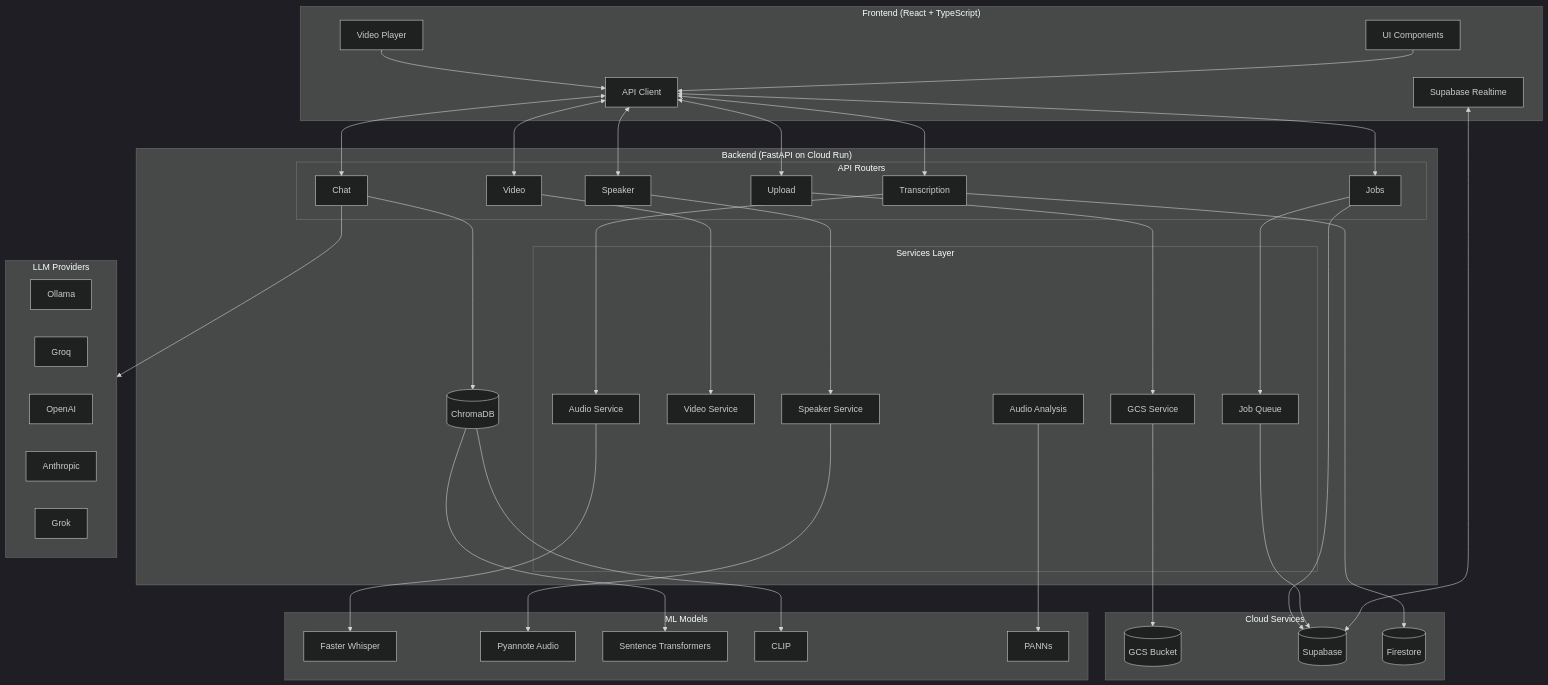
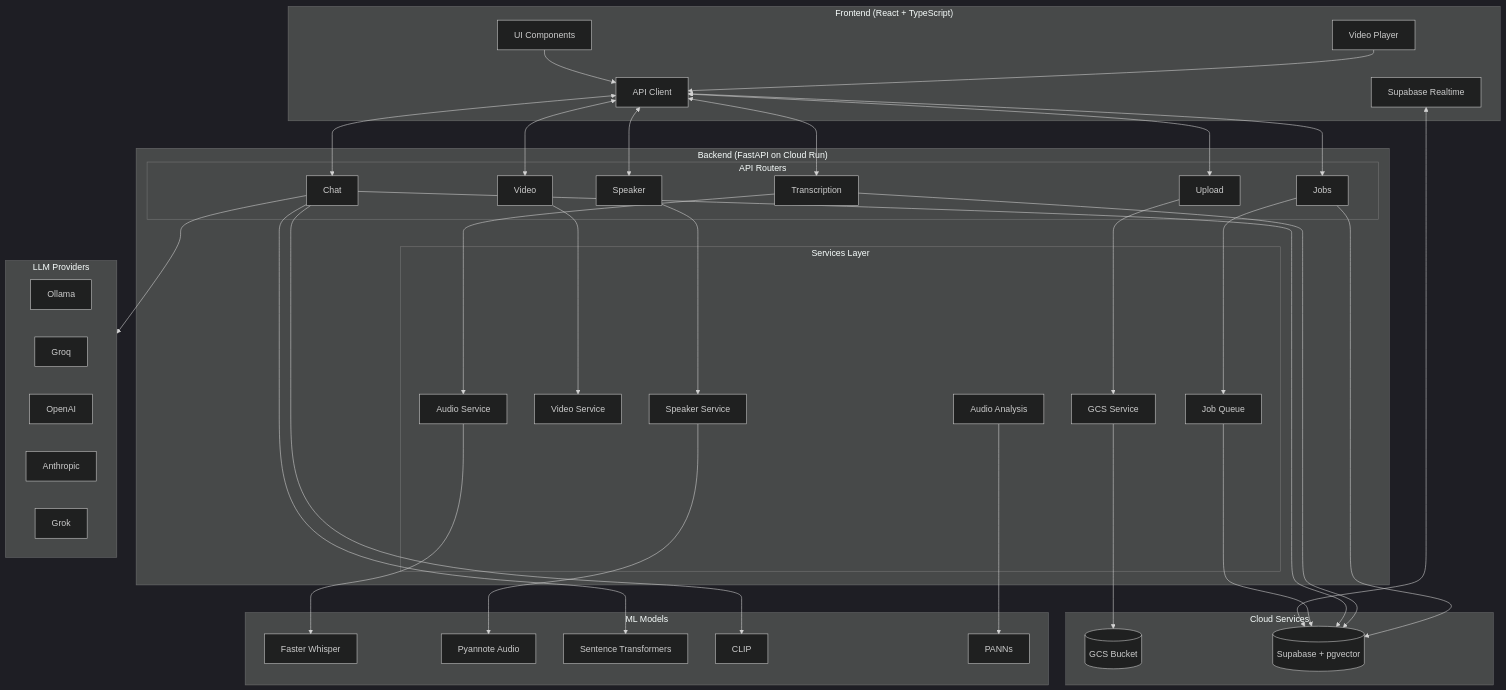
One commit to Ugur22/ai-subtitles changed the first of 4 diagrams in docs/ARCHITECTURE.md. Above: the diagram before and after it, drawn with Mermaid (dark theme). The commit also changed other lines of this file and 8 other files, not shown here.

First line of the commit message:
Sync docs with actual architecture: drop stale ChromaDB/Firestore refs

````diff
--- a/docs/ARCHITECTURE.md
+++ b/docs/ARCHITECTURE.md
@@ -7,70 +7,68 @@
 ```mermaid
 flowchart TB
     subgraph Frontend["Frontend (React + TypeScript)"]
         UI[UI Components]
         VP[Video Player]
         API[API Client]
         RT[Supabase Realtime]
     end
 
     subgraph Cloud["Cloud Services"]
         GCS[(GCS Bucket)]
-        SB[(Supabase)]
-        FS[(Firestore)]
+        SB[(Supabase + pgvector)]
     end
 
     subgraph Backend["Backend (FastAPI on Cloud Run)"]
         subgraph Routers["API Routers"]
             TR[Transcription]
             SR[Speaker]
             CR[Chat]
             VR[Video]
             UR[Upload]
             JR[Jobs]
         end
 
         subgraph Services["Services Layer"]
             AS[Audio Service]
             VS[Video Service]
             SS[Speaker Service]
             GS[GCS Service]
             JS[Job Queue]
             AAS[Audio Analysis]
         end
-
-        VDB[(ChromaDB)]
     end
 
     subgraph ML["ML Models"]
         WH[Faster Whisper]
         PY[Pyannote Audio]
         EMB[Sentence Transformers]
         CL[CLIP]
         PN[PANNs]
     end
 
     subgraph LLM["LLM Providers"]
         OL[Ollama]
         GRQ[Groq]
         OA[OpenAI]
         AN[Anthropic]
         GRK[Grok]
     end
 
     UI --> API
     VP --> API
     RT <--> SB
     API <--> TR & SR & CR & VR & UR & JR
 
     UR --> GS --> GCS
     JR --> JS --> SB
     TR --> AS --> WH
     SR --> SS --> PY
-    CR --> VDB --> EMB & CL
+    CR --> SB
+    CR --> EMB & CL
     CR --> LLM
     VR --> VS
     AAS --> PN
 
-    TR --> FS
+    TR --> SB
     JR --> SB
 ```
````
